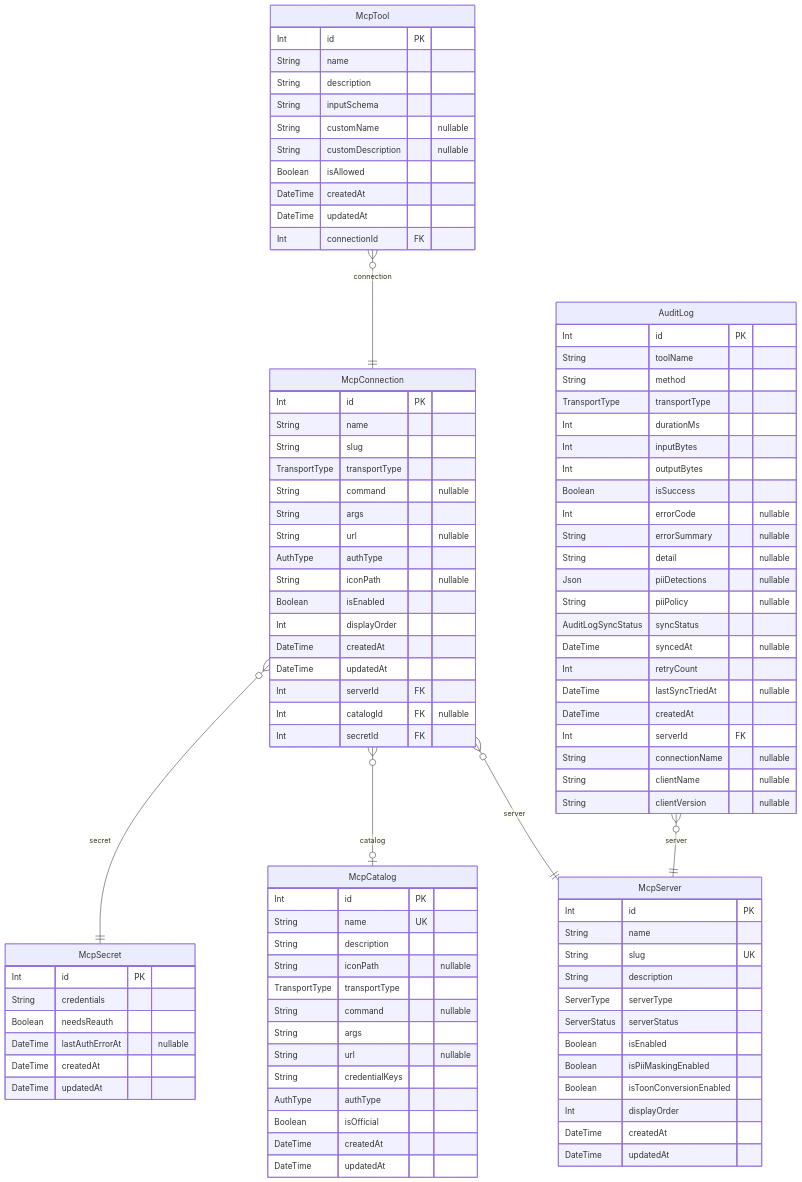
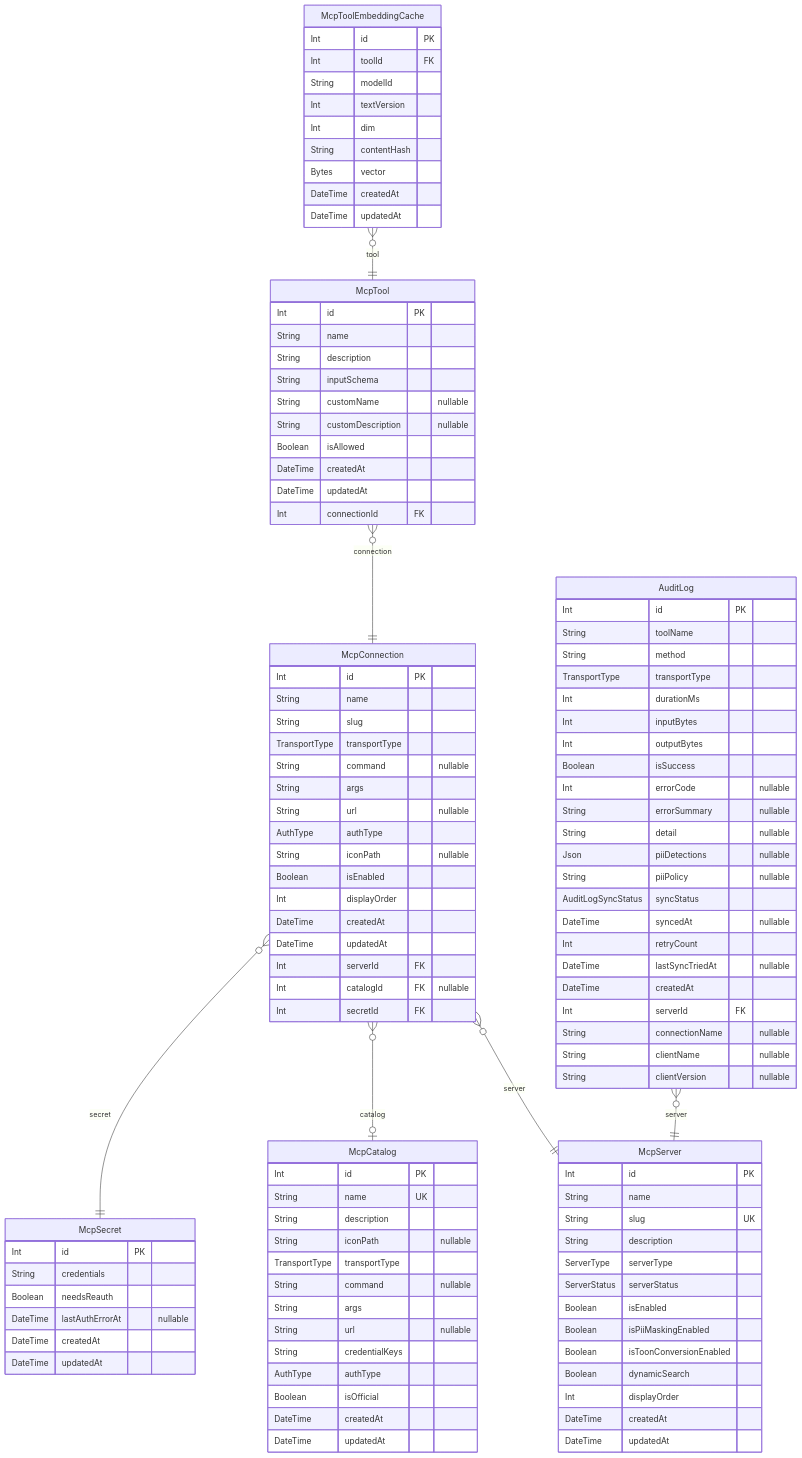
One commit to rayven122/tumiki changed the second of 3 diagrams in apps/desktop/prisma/README.md. Above: the diagram before and after it, drawn with Mermaid. The commit also changed other lines of this file and 35 other files, not shown here.

Commit message:
Add desktop dynamic tool search

````diff
--- a/apps/desktop/prisma/README.md
+++ b/apps/desktop/prisma/README.md
@@ -88,6 +88,17 @@
   DateTime updatedAt
   Int connectionId FK
 }
+"McpToolEmbeddingCache" {
+  Int id PK
+  Int toolId FK
+  String modelId
+  Int textVersion
+  Int dim
+  String contentHash
+  Bytes vector
+  DateTime createdAt
+  DateTime updatedAt
+}
 "McpServer" {
   Int id PK
   String name
@@ -98,6 +109,7 @@
   Boolean isEnabled
   Boolean isPiiMaskingEnabled
   Boolean isToonConversionEnabled
+  Boolean dynamicSearch
   Int displayOrder
   DateTime createdAt
   DateTime updatedAt
@@ -130,5 +142,6 @@
 "McpConnection" }o--o| "McpCatalog" : catalog
 "McpConnection" }o--|| "McpSecret" : secret
 "McpTool" }o--|| "McpConnection" : connection
+"McpToolEmbeddingCache" }o--|| "McpTool" : tool
 "AuditLog" }o--|| "McpServer" : server
 ```
````
